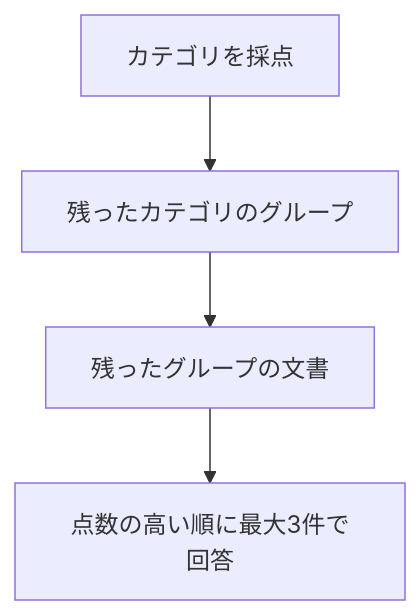
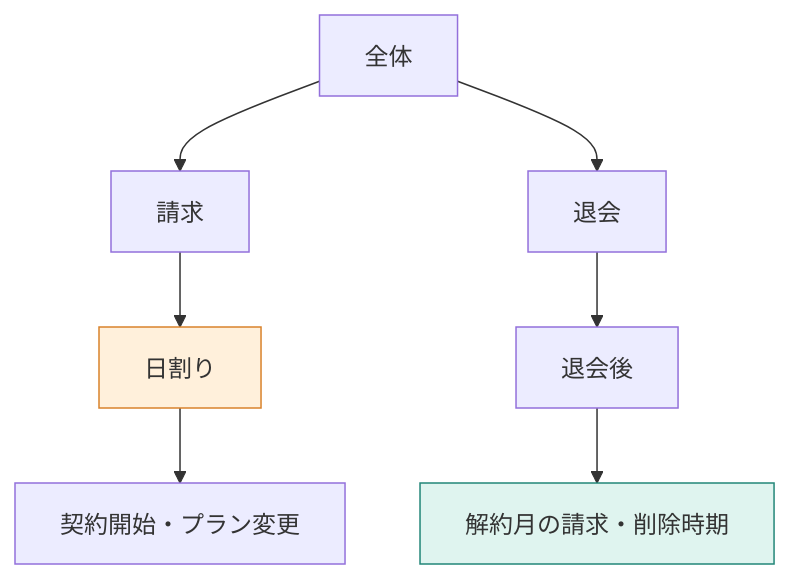
Before and after one commit to kouji0705/rag-study: the diagram in books/cd019af39edb03/13-descend.md, drawn with Mermaid. The commit also changed other lines of this file and 1 other file, not shown here.

````diff
--- a/books/cd019af39edb03/13-descend.md
+++ b/books/cd019af39edb03/13-descend.md
@@ -13,6 +7,9 @@
 ```mermaid
 flowchart TD
-    C["カテゴリを採点"] --> G["残ったカテゴリのグループ"]
-    G --> D["残ったグループの文書"]
-    D --> A["点数の高い順に最大3件で回答"]
+    R["全体"] --> B["請求"]
+    R --> W["退会"]
+    B --> P["日割り"] --> D["契約開始・プラン変更"]
+    W --> E["退会後"] --> X["解約月の請求・削除時期"]
+    style P fill:#fff0db,stroke:#d9822b
+    style X fill:#dff4ef,stroke:#228678
 ```
````
